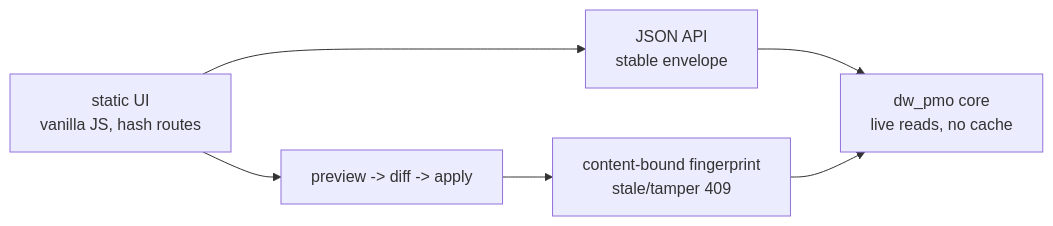
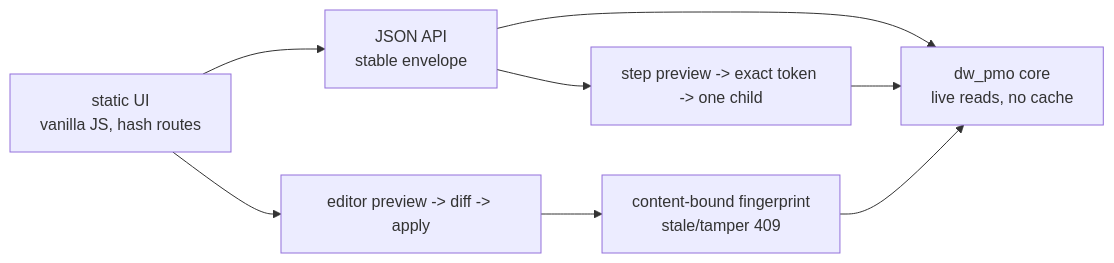
Before and after one commit to karolswdev/delivery-workbench: the fourth of 4 diagrams in docs/architecture.md, drawn with Mermaid. The commit also changed other lines of this file and 21 other files, not shown here.

````diff
--- a/docs/architecture.md
+++ b/docs/architecture.md
@@ -167,8 +167,10 @@
 ```mermaid
 flowchart LR
   UI[static UI\nvanilla JS, hash routes] --> API[JSON API\nstable envelope]
   API --> CORE[dw_pmo core\nlive reads, no cache]
-  UI --> MUT[preview -> diff -> apply]
+  UI --> MUT[editor preview -> diff -> apply]
+  API --> STEP[step preview -> exact token -> one child]
   MUT --> FPR[content-bound fingerprint\nstale/tamper 409]
   FPR --> CORE
+  STEP --> CORE
 ```
````
